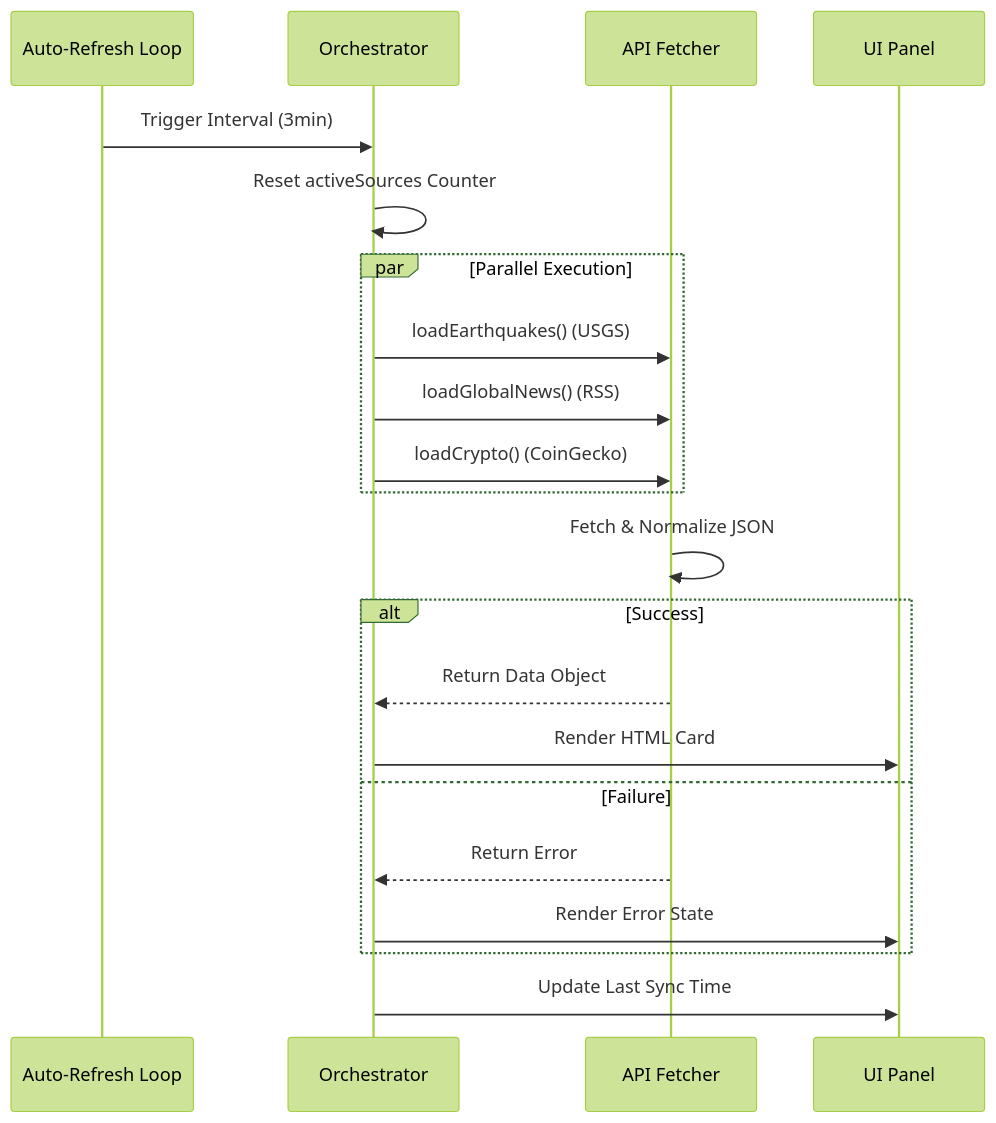
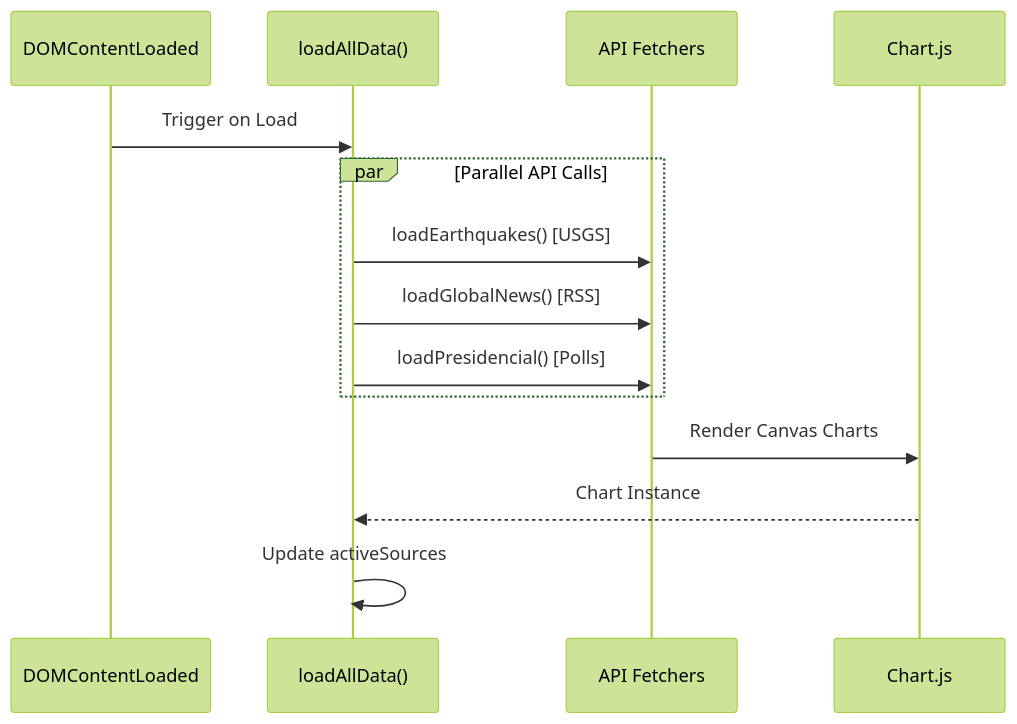
The second of 3 diagrams in README.md (DOMINUSBABEL/colombia-live-monitor), drawn with Mermaid (forest theme) before and after one commit. The commit also changed other lines of this file and 3 other files, not shown here.

Commit message:
v4.0: Add 10 election panels with Chart.js, fix global loaders, update README

````diff
--- a/README.md
+++ b/README.md
@@ -67,28 +65,19 @@
 ```mermaid
 sequenceDiagram
-    participant Timer as Auto-Refresh Loop
-    participant Orch as Orchestrator
-    participant Fetcher as API Fetcher
-    participant DOM as UI Panel
+    participant Init as DOMContentLoaded
+    participant Orch as loadAllData()
+    participant Fetcher as API Fetchers
+    participant Chart as Chart.js
 
-    Timer->>Orch: Trigger Interval (3min)
-    Orch->>Orch: Reset activeSources Counter
+    Init->>Orch: Trigger on Load
     
-    par Parallel Execution
-        Orch->>Fetcher: loadEarthquakes() (USGS)
-        Orch->>Fetcher: loadGlobalNews() (RSS)
-        Orch->>Fetcher: loadCrypto() (CoinGecko)
+    par Parallel API Calls
+        Orch->>Fetcher: loadEarthquakes() [USGS]
+        Orch->>Fetcher: loadGlobalNews() [RSS]
+        Orch->>Fetcher: loadPresidencial() [Polls]
     end
     
-    Fetcher->>Fetcher: Fetch & Normalize JSON
-    
-    alt Success
-        Fetcher-->>Orch: Return Data Object
-        Orch->>DOM: Render HTML Card
-    else Failure
-        Fetcher-->>Orch: Return Error
-        Orch->>DOM: Render Error State
-    end
-    
-    Orch->>DOM: Update Last Sync Time
+    Fetcher->>Chart: Render Canvas Charts
+    Chart-->>Orch: Chart Instance
+    Orch->>Orch: Update activeSources
 ```
````
